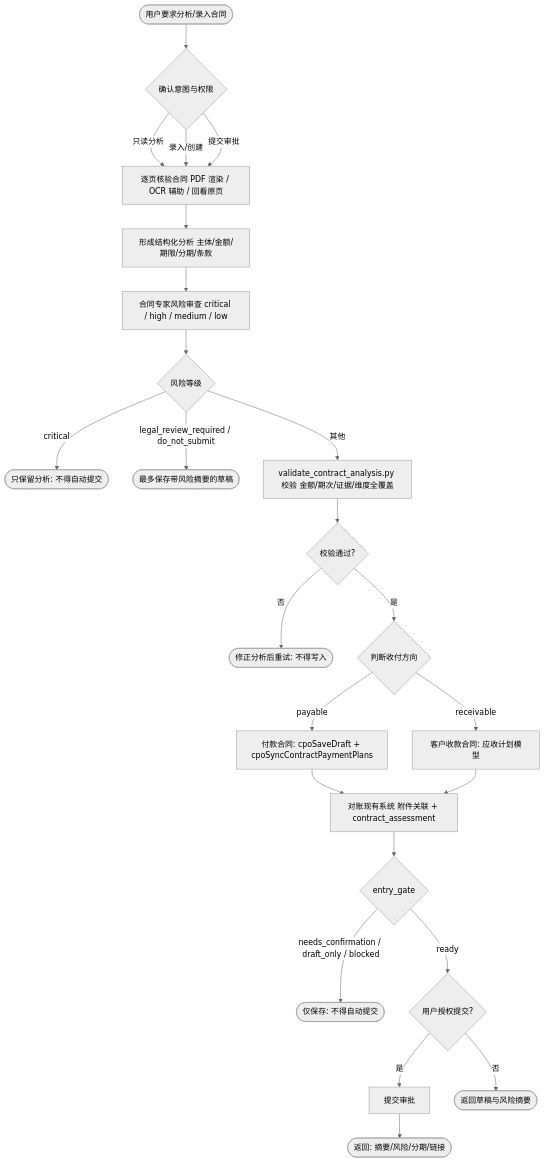
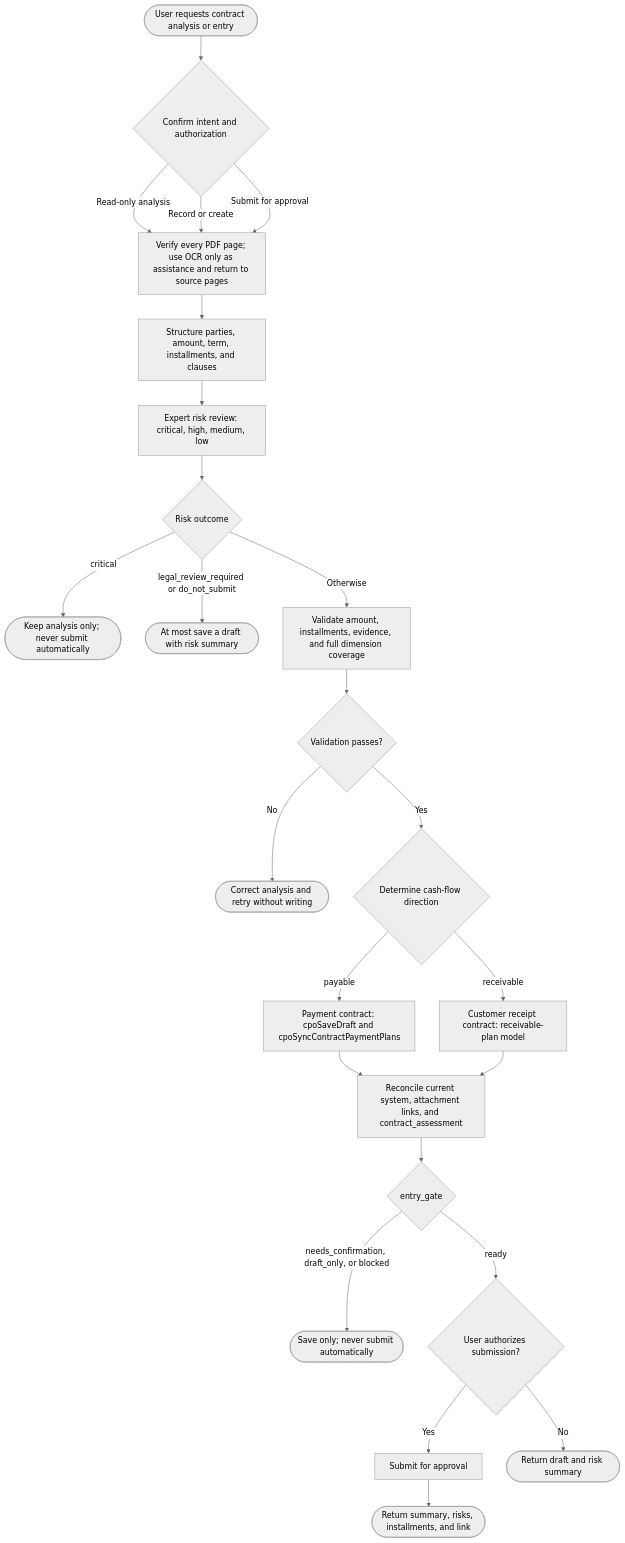
Before and after one commit to lovrabet/ei-demo: the diagram in .agents/skills/cpo-contract-analysis-and-entry/SKILL.md, drawn with Mermaid (neutral theme). The commit also changed other lines of this file and 80 other files, not shown here.

````diff
--- a/.agents/skills/cpo-contract-analysis-and-entry/SKILL.md
+++ b/.agents/skills/cpo-contract-analysis-and-entry/SKILL.md
@@ -16,26 +16,26 @@
 ```mermaid
 flowchart TD
-  Start([用户要求分析/录入合同]) --> L1{确认意图与权限}
-  L1 -- 只读分析 --> L2[逐页核验合同 PDF 渲染 / OCR 辅助 / 回看原页]
-  L1 -- 录入/创建 --> L2
-  L1 -- 提交审批 --> L2
-  L2 --> L3[形成结构化分析 主体/金额/期限/分期/条款]
-  L3 --> L4[合同专家风险审查 critical / high / medium / low]
-  L4 --> L5{风险等级}
-  L5 -- critical --> R1([只保留分析: 不得自动提交])
-  L5 -- legal_review_required / do_not_submit --> R2([最多保存带风险摘要的草稿])
-  L5 -- 其他 --> L6[validate_contract_analysis.py 校验 金额/期次/证据/维度全覆盖]
-  L6 --> L7{校验通过?}
-  L7 -- 否 --> Stop1([修正分析后重试: 不得写入])
-  L7 -- 是 --> L8{判断收付方向}
-  L8 -- payable --> P1[付款合同: cpoSaveDraft + cpoSyncContractPaymentPlans]
-  L8 -- receivable --> P2[客户收款合同: 应收计划模型]
-  P1 --> L9[对账现有系统 附件关联 + contract_assessment]
+  Start([User requests contract analysis or entry]) --> L1{Confirm intent and authorization}
+  L1 -- Read-only analysis --> L2[Verify every PDF page; use OCR only as assistance and return to source pages]
+  L1 -- Record or create --> L2
+  L1 -- Submit for approval --> L2
+  L2 --> L3[Structure parties, amount, term, installments, and clauses]
+  L3 --> L4[Expert risk review: critical, high, medium, low]
+  L4 --> L5{Risk outcome}
+  L5 -- critical --> R1([Keep analysis only; never submit automatically])
+  L5 -- legal_review_required or do_not_submit --> R2([At most save a draft with risk summary])
+  L5 -- Otherwise --> L6[Validate amount, installments, evidence, and full dimension coverage]
+  L6 --> L7{Validation passes?}
+  L7 -- No --> Stop1([Correct analysis and retry without writing])
+  L7 -- Yes --> L8{Determine cash-flow direction}
+  L8 -- payable --> P1[Payment contract: cpoSaveDraft and cpoSyncContractPaymentPlans]
+  L8 -- receivable --> P2[Customer receipt contract: receivable-plan model]
+  P1 --> L9[Reconcile current system, attachment links, and contract_assessment]
   P2 --> L9
   L9 --> L10{entry_gate}
-  L10 -- needs_confirmation / draft_only / blocked --> E1([仅保存: 不得自动提交])
-  L10 -- ready --> L11{用户授权提交?}
-  L11 -- 是 --> L12[提交审批]
-  L11 -- 否 --> E2([返回草稿与风险摘要])
-  L12 --> E3([返回: 摘要/风险/分期/链接])
+  L10 -- needs_confirmation, draft_only, or blocked --> E1([Save only; never submit automatically])
+  L10 -- ready --> L11{User authorizes submission?}
+  L11 -- Yes --> L12[Submit for approval]
+  L11 -- No --> E2([Return draft and risk summary])
+  L12 --> E3([Return summary, risks, installments, and link])
 ```
````
